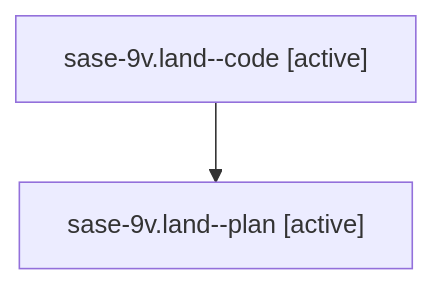
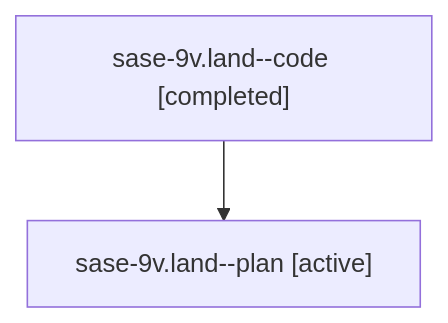
One commit to sase-org/sase--agents changed the diagram in families/bbugyi200.athena.sase-9v.land.md. Above: the diagram before and after it, drawn with Mermaid. The commit also changed other lines of this file and 8679 other files, not shown here.

````diff
--- a/families/bbugyi200.athena.sase-9v.land.md
+++ b/families/bbugyi200.athena.sase-9v.land.md
@@ -9,6 +9,6 @@
 ```mermaid
 flowchart TD
-  n0["sase-9v.land--code [active]"]
+  n0["sase-9v.land--code [completed]"]
   n1["sase-9v.land--plan [active]"]
   n0 --> n1
 ```
````
